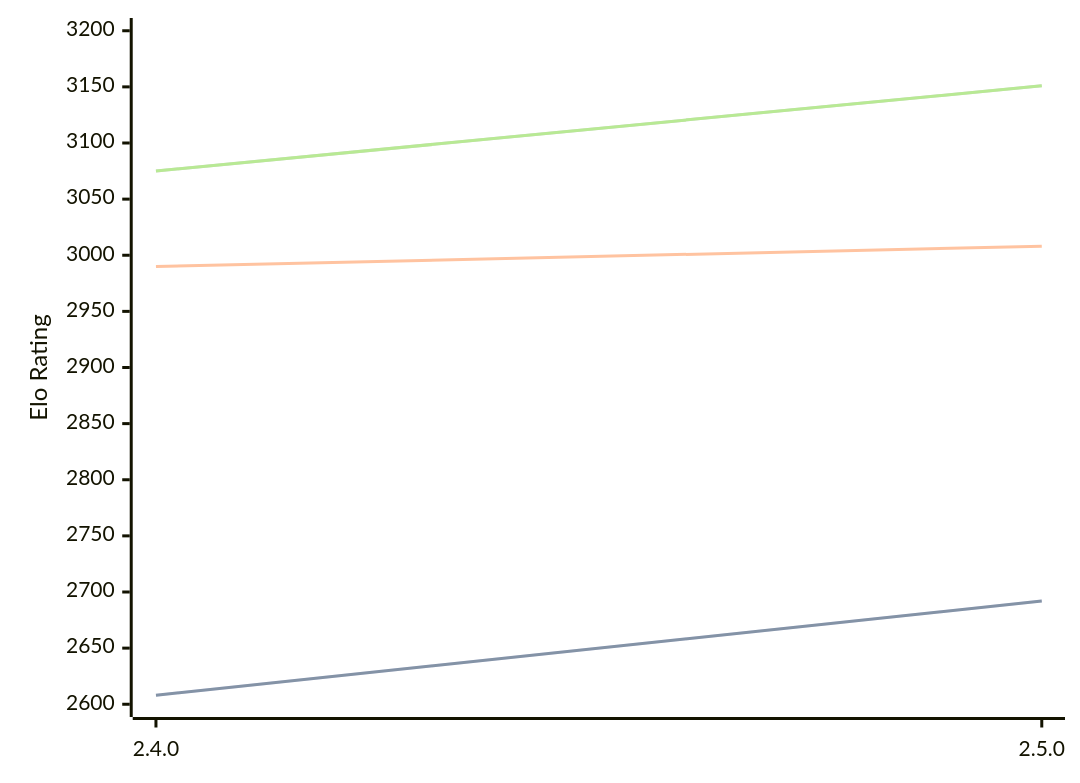
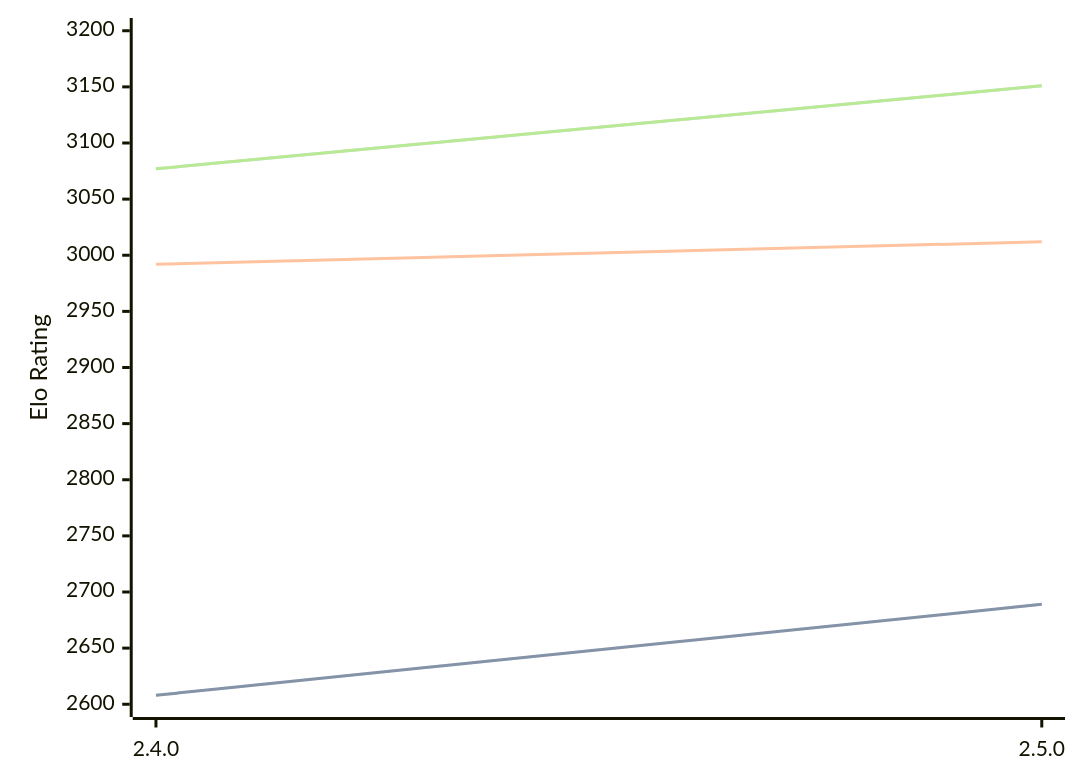
Before and after one commit to computer-chess-index/cci: the first of 3 diagrams in engines/Sturddle2.md, drawn with Mermaid. The commit also changed other lines of this file, not shown here.

Commit message:
Update CCI Ratings (ELO VLTC) - 2026-06-21

````diff
--- a/engines/Sturddle2.md
+++ b/engines/Sturddle2.md
@@ -37,11 +37,11 @@
 ```mermaid
 %%{init: {"theme":"base","themeVariables":{"seriesColors:['#a3a3a3','#222221','#faa371']}}}%%
 xychart-beta
   x-axis ["2.4.0", "2.5.0"]
   y-axis "Elo Rating" 2600 --> 3200
-  line "STC (8.0+0.08s)" [2608, 2692]
-  line "STC (8.0+0.08s)" [2608, 2692]
-  line "LTC (60.0+0.60s)" [2990, 3008]
-  line "VLTC (2m24s+1.12s)" [3075, 3151]
-  line "VLTC (2m24s+1.12s)" [3075, 3151]
+  line "STC (8.0+0.08s)" [2608, 2689]
+  line "STC (8.0+0.08s)" [2608, 2689]
+  line "LTC (60.0+0.60s)" [2992, 3012]
+  line "VLTC (2m24s+1.12s)" [3077, 3151]
+  line "VLTC (2m24s+1.12s)" [3077, 3151]
 ```
````
